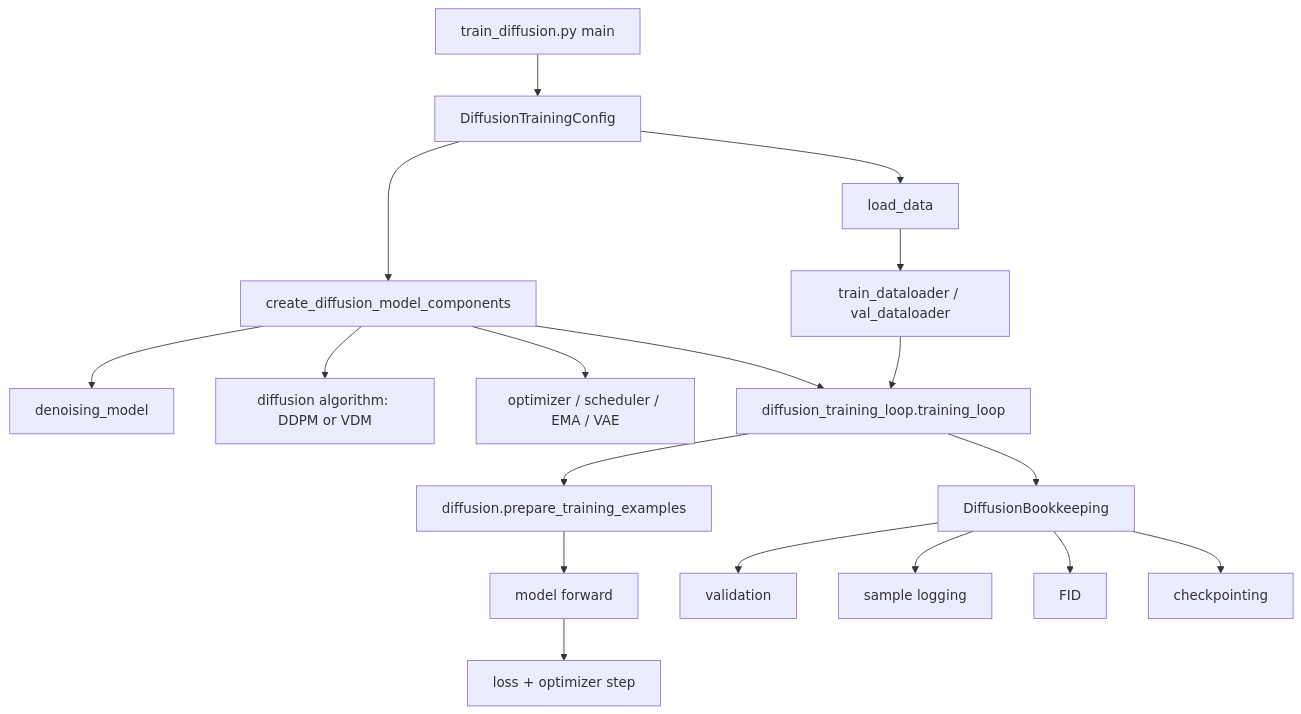
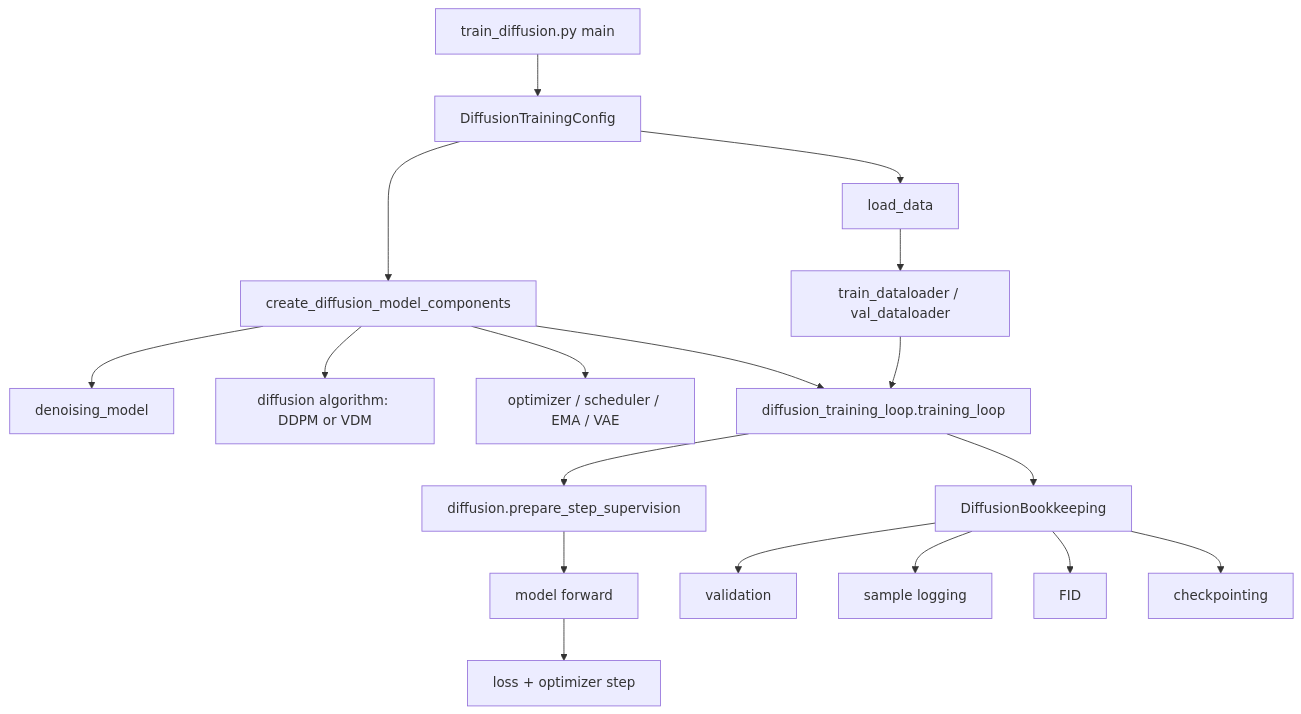
Before and after one commit to kungfuai/nano-diffusion: the diagram in docs/diffusion-training-architecture.md, drawn with Mermaid. The commit also changed other lines of this file and 11 other files, not shown here.

Commit message:
Unify step supervision terminology in docs and diffusion

````diff
--- a/docs/diffusion-training-architecture.md
+++ b/docs/diffusion-training-architecture.md
@@ -9,20 +9,20 @@
 ```mermaid
 flowchart TD
     A[train_diffusion.py main] --> B[DiffusionTrainingConfig]
     B --> C[load_data]
     B --> D[create_diffusion_model_components]
     D --> E[denoising_model]
     D --> F[diffusion algorithm: DDPM or VDM]
     D --> G[optimizer / scheduler / EMA / VAE]
     C --> H[train_dataloader / val_dataloader]
     D --> I[diffusion_training_loop.training_loop]
     H --> I
-    I --> J[diffusion.prepare_training_examples]
+    I --> J[diffusion.prepare_step_supervision]
     J --> K[model forward]
     K --> L[loss + optimizer step]
     I --> M[DiffusionBookkeeping]
     M --> N[validation]
     M --> O[sample logging]
     M --> P[FID]
     M --> Q[checkpointing]
 ```
````
